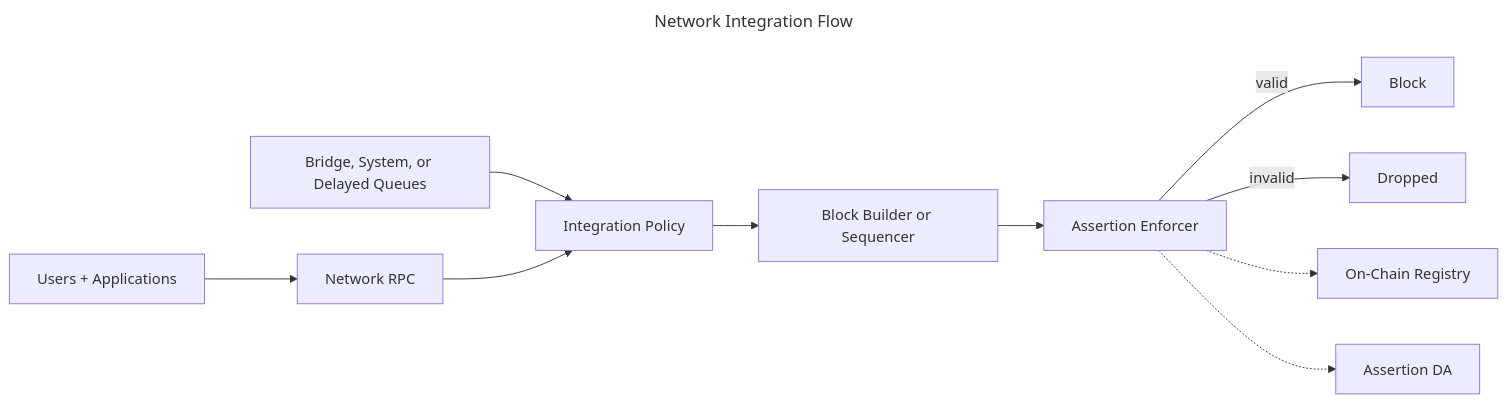
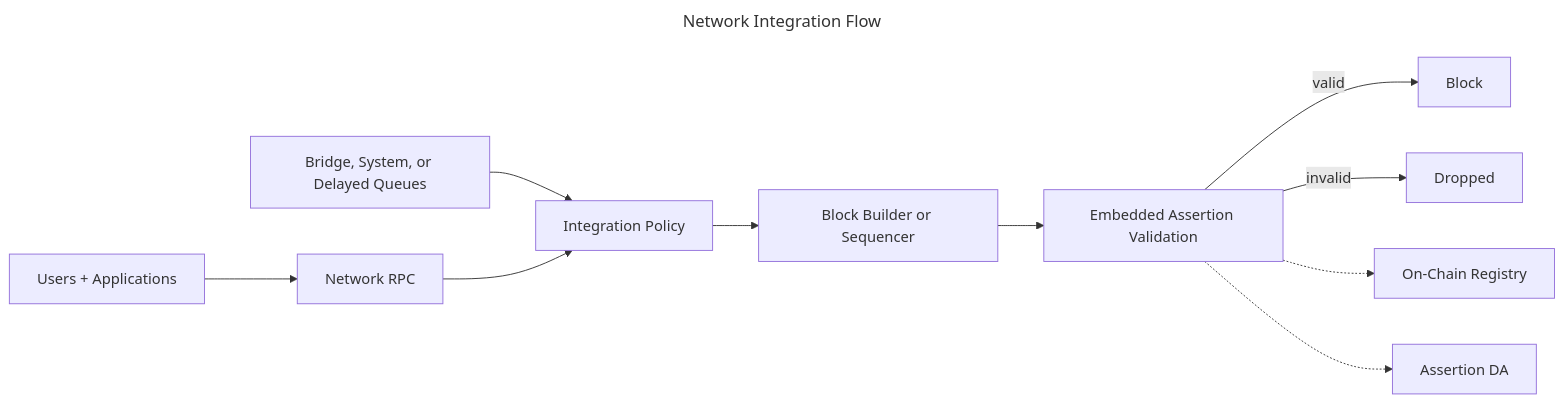
The diagram in credible/l2-integrations/network-integration.mdx (phylaxsystems/phylax-docs), drawn with Mermaid before and after one commit. The commit also changed other lines of this file and 30 other files, not shown here.

````diff
--- a/credible/l2-integrations/network-integration.mdx
+++ b/credible/l2-integrations/network-integration.mdx
@@ -16,15 +18,15 @@
 ```mermaid
 ---
 title: Network Integration Flow
 ---
 flowchart LR
   Users[Users + Applications] --> RPC[Network RPC]
   System[Bridge, System, or Delayed Queues] --> Policy[Integration Policy]
   RPC --> Policy
   Policy --> Builder[Block Builder or Sequencer]
-  Builder --> Enforcer[Assertion Enforcer]
+  Builder --> Enforcer[Embedded Assertion Validation]
   Enforcer -->|valid| Block[Block]
   Enforcer -->|invalid| Drop[Dropped]
   Enforcer -.-> Registry[On-Chain Registry]
   Enforcer -.-> DA[Assertion DA]
 ```
````
